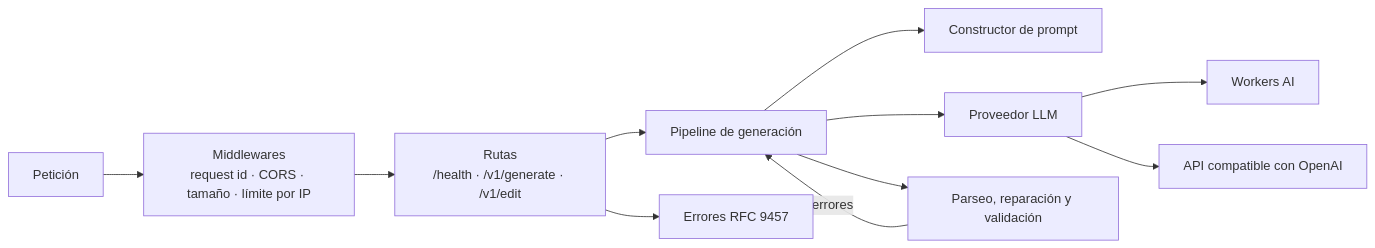
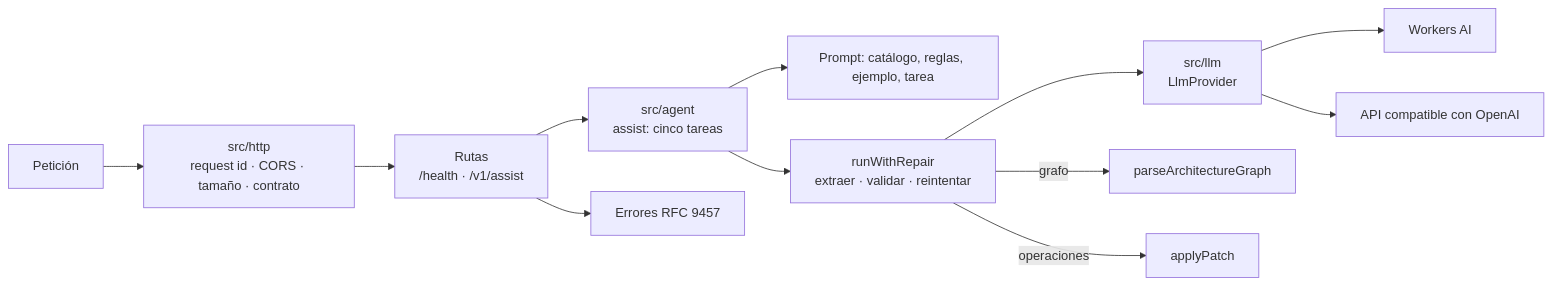
The fourth of 6 diagrams in docs/arquitectura.md (cosmemorillojulia/archdraft), drawn with Mermaid before and after one commit. The commit also changed other lines of this file and 11 other files, not shown here.

````diff
--- a/docs/arquitectura.md
+++ b/docs/arquitectura.md
@@ -122,13 +125,14 @@
 ```mermaid
 flowchart LR
-  req[Petición] --> mw["Middlewares<br/>request id · CORS · tamaño · límite por IP"]
-  mw --> route["Rutas<br/>/health · /v1/generate · /v1/edit"]
-  route --> pipe[Pipeline de generación]
-  pipe --> pb[Constructor de prompt]
-  pipe --> prov[Proveedor LLM]
+  req[Petición] --> mw["src/http<br/>request id · CORS · tamaño · contrato"]
+  mw --> route["Rutas<br/>/health · /v1/assist"]
+  route --> agent["src/agent<br/>assist: cinco tareas"]
+  agent --> prompt[Prompt: catálogo, reglas, ejemplo, tarea]
+  agent --> repair["runWithRepair<br/>extraer · validar · reintentar"]
+  repair --> prov["src/llm<br/>LlmProvider"]
   prov --> wai[Workers AI]
   prov --> oai[API compatible con OpenAI]
-  pipe --> val[Parseo, reparación y validación]
-  val -->|errores| pipe
+  repair -->|grafo| parse[parseArchitectureGraph]
+  repair -->|operaciones| patch[applyPatch]
   route --> err[Errores RFC 9457]
 ```
````
